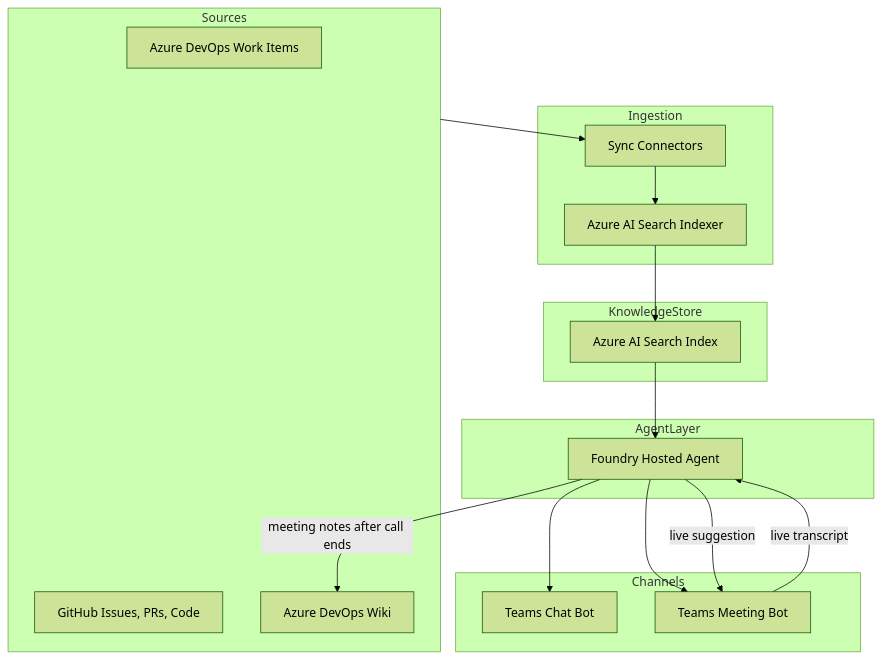
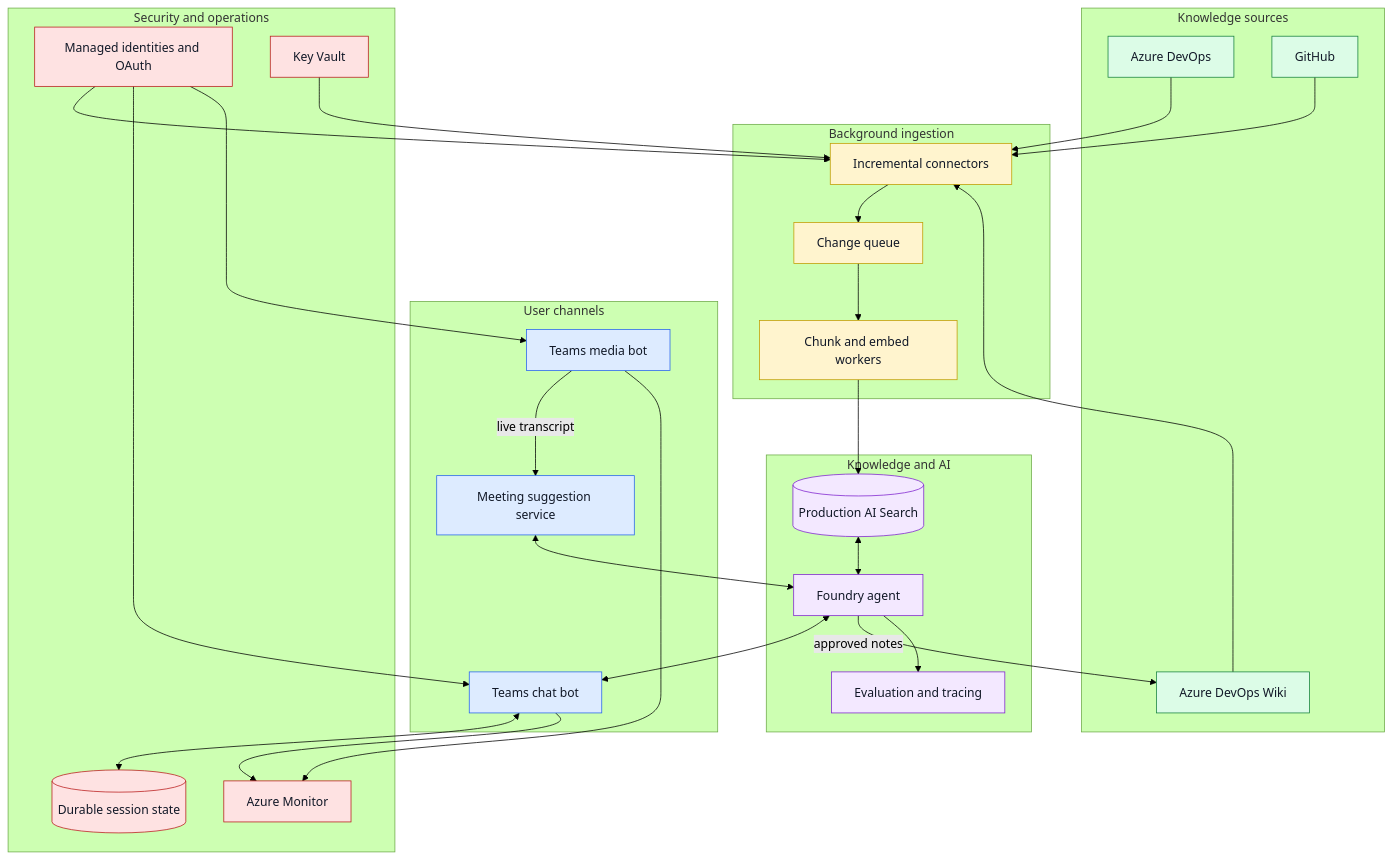
One commit to madhurshukla23/Migration-Knowledge-IQ changed the fifth of 5 diagrams in docs/architecture.md. Above: the diagram before and after it, drawn with Mermaid (forest theme). The commit also changed other lines of this file, not shown here.

Commit message:
Refactor architecture documentation to enhance clarity and update delivery timelines

````diff
--- a/docs/architecture.md
+++ b/docs/architecture.md
@@ -356,34 +301,63 @@
 ```mermaid
 flowchart TB
-    subgraph Sources
-        ADO[Azure DevOps Work Items]
-        GH[GitHub Issues, PRs, Code]
+    subgraph Sources[Knowledge sources]
+        ADO[Azure DevOps]
+        GitHub[GitHub]
         Wiki[Azure DevOps Wiki]
     end
 
-    subgraph Ingestion
-        Connectors[Sync Connectors]
-        Indexer[Azure AI Search Indexer]
+    subgraph Ingestion[Background ingestion]
+        Connectors[Incremental connectors]
+        Queue[Change queue]
+        Indexer[Chunk and embed workers]
     end
 
-    subgraph KnowledgeStore
-        Search[Azure AI Search Index]
+    subgraph Knowledge[Knowledge and AI]
+        Search[(Production AI Search)]
+        Agent[Foundry agent]
+        Eval[Evaluation and tracing]
     end
 
-    subgraph AgentLayer
-        Agent[Foundry Hosted Agent]
+    subgraph Channels[User channels]
+        Chat[Teams chat bot]
+        Meeting[Teams media bot]
+        Suggestions[Meeting suggestion service]
     end
 
-    subgraph Channels
-        ChatBot[Teams Chat Bot]
-        MeetingBot[Teams Meeting Bot]
+    subgraph Governance[Security and operations]
+        Identity[Managed identities and OAuth]
+        Vault[Key Vault]
+        Monitor[Azure Monitor]
+        State[(Durable session state)]
     end
 
-    Sources --> Connectors --> Indexer --> Search
-    Search --> Agent
-    Agent --> ChatBot
-    Agent --> MeetingBot
-    MeetingBot -- live transcript --> Agent
-    Agent -- live suggestion --> MeetingBot
-    Agent -- meeting notes after call ends --> Wiki
+    ADO --> Connectors
+    GitHub --> Connectors
+    Wiki --> Connectors
+    Connectors --> Queue --> Indexer --> Search
+    Search <--> Agent
+    Agent <--> Chat
+    Meeting -- live transcript --> Suggestions
+    Suggestions <--> Agent
+    Agent -- approved notes --> Wiki
+    Identity --> Connectors
+    Identity --> Chat
+    Identity --> Meeting
+    Vault --> Connectors
+    Chat <--> State
+    Agent --> Eval
+    Chat --> Monitor
+    Meeting --> Monitor
+
+    classDef source fill:#DCFCE7,stroke:#15803D,color:#111827
+    classDef processing fill:#FFF4CE,stroke:#C19C00,color:#111827
+    classDef ai fill:#F3E8FF,stroke:#7E22CE,color:#111827
+    classDef channel fill:#DDEBFF,stroke:#2563EB,color:#111827
+    classDef governance fill:#FEE2E2,stroke:#B91C1C,color:#111827
+
+    class ADO,GitHub,Wiki source
+    class Connectors,Queue,Indexer processing
+    class Search,Agent,Eval ai
+    class Chat,Meeting,Suggestions channel
+    class Identity,Vault,Monitor,State governance
 ```
````
